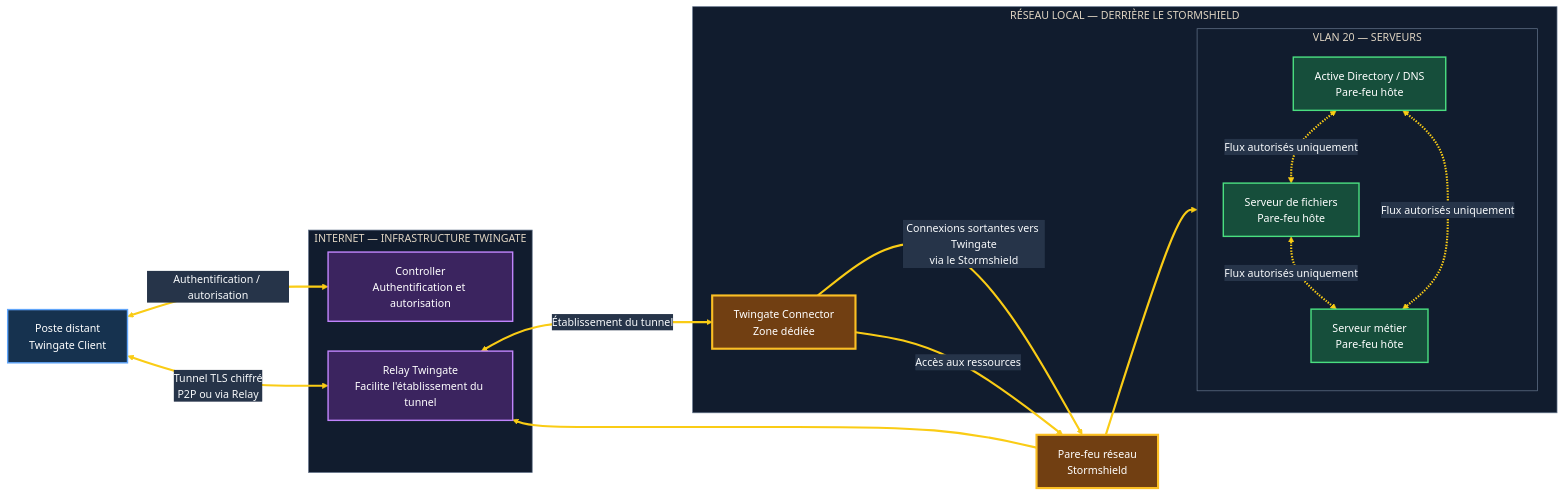
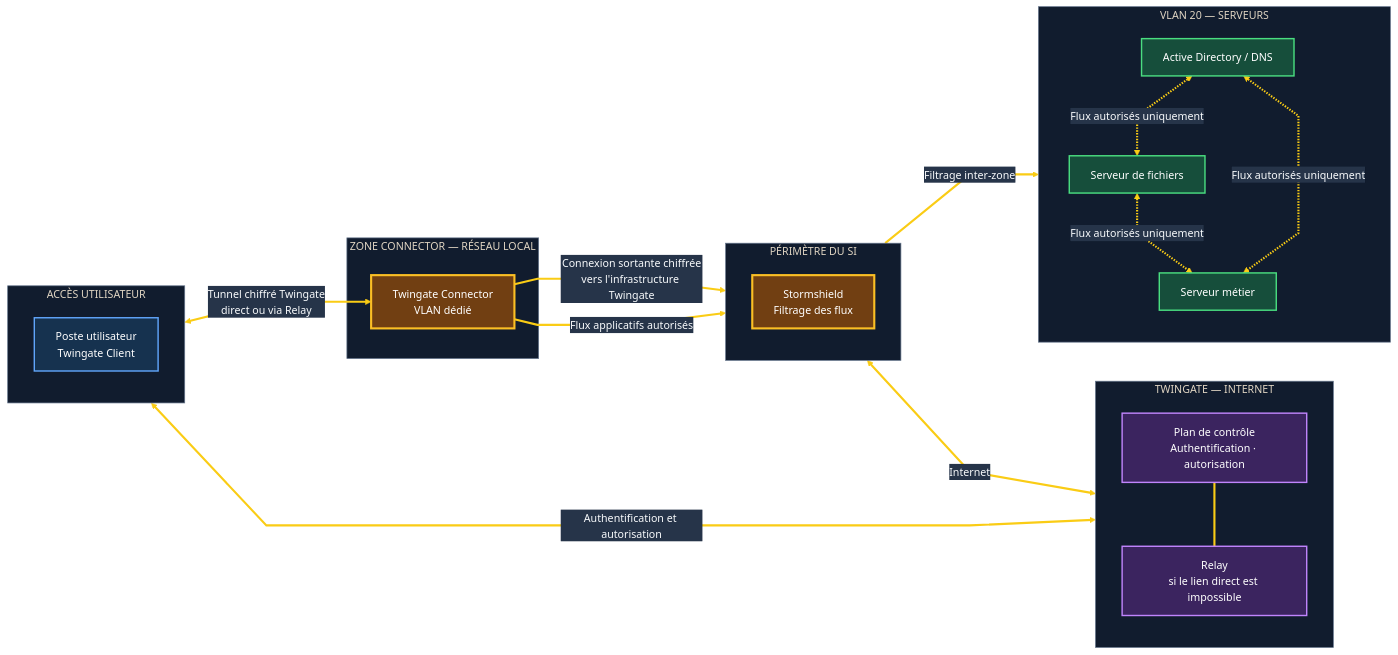
Before and after one commit to Chanc-111/Chanc-111: the diagram in projects/01-zero-trust-architecture/diagrams/02-target-architecture.mmd, drawn with Mermaid.

Commit message:
Redesign target Zero Trust diagram for clarity

```diff
--- a/projects/01-zero-trust-architecture/diagrams/02-target-architecture.mmd
+++ b/projects/01-zero-trust-architecture/diagrams/02-target-architecture.mmd
@@ -1,44 +1,52 @@
-%%{init: {"theme":"base","themeVariables":{"background":"#0b1220","primaryColor":"#172b45","primaryTextColor":"#f8fafc","primaryBorderColor":"#60a5fa","lineColor":"#facc15","secondaryColor":"#182235","tertiaryColor":"#202b3d","clusterBkg":"#111c2e","clusterBorder":"#64748b","edgeLabelBackground":"#263449","fontFamily":"Arial","fontSize":"15px"},"flowchart":{"curve":"basis","htmlLabels":true,"nodeSpacing":42,"rankSpacing":55}}}%%
+%%{init: {"theme":"base","themeVariables":{"background":"#0b1220","primaryColor":"#172b45","primaryTextColor":"#f8fafc","primaryBorderColor":"#60a5fa","lineColor":"#facc15","secondaryColor":"#182235","tertiaryColor":"#202b3d","clusterBkg":"#111c2e","clusterBorder":"#64748b","edgeLabelBackground":"#263449","fontFamily":"Arial","fontSize":"15px"},"flowchart":{"curve":"linear","htmlLabels":true,"nodeSpacing":55,"rankSpacing":65}}}%%
 flowchart LR
-    USER["Poste distant<br/>Twingate Client"]
-
-    subgraph INTERNET["INTERNET — INFRASTRUCTURE TWINGATE"]
-        CONTROL["Controller<br/>Authentification et autorisation"]
-        RELAY["Relay Twingate<br/>Facilite l'établissement du tunnel"]
+    subgraph ACCESS["ACCÈS UTILISATEUR"]
+        direction TB
+        CLIENT["Poste utilisateur<br/>Twingate Client"]
     end
 
-    FW["Pare-feu réseau<br/>Stormshield"]
-
-    subgraph LOCAL["RÉSEAU LOCAL — DERRIÈRE LE STORMSHIELD"]
-        CONNECTOR["Twingate Connector<br/>Zone dédiée"]
-        subgraph VLAN20["VLAN 20 — SERVEURS"]
-            direction TB
-            AD["Active Directory / DNS<br/>Pare-feu hôte"]
-            FILES["Serveur de fichiers<br/>Pare-feu hôte"]
-            APP["Serveur métier<br/>Pare-feu hôte"]
-            AD <-.->|"Flux autorisés uniquement"| FILES
-            FILES <-.->|"Flux autorisés uniquement"| APP
-            AD <-.->|"Flux autorisés uniquement"| APP
-        end
+    subgraph TWIN["TWINGATE — INTERNET"]
+        direction TB
+        CONTROL["Plan de contrôle<br/>Authentification · autorisation"]
+        RELAY["Relay<br/>si le lien direct est impossible"]
+        CONTROL --- RELAY
     end
 
-    USER <-->|"Authentification / autorisation"| CONTROL
-    USER <-->|"Tunnel TLS chiffré<br/>P2P ou via Relay"| RELAY
-    RELAY <-->|"Établissement du tunnel"| CONNECTOR
+    subgraph PERIMETER["PÉRIMÈTRE DU SI"]
+        direction TB
+        FW["Stormshield<br/>Filtrage des flux"]
+    end
 
-    CONNECTOR -->|"Connexions sortantes vers Twingate<br/>via le Stormshield"| FW
-    FW --> RELAY
+    subgraph CONNECTOR_ZONE["ZONE CONNECTOR — RÉSEAU LOCAL"]
+        CONNECTOR["Twingate Connector<br/>VLAN dédié"]
+    end
 
-    CONNECTOR -->|"Accès aux ressources"| FW
-    FW --> VLAN20
+    subgraph SERVERS["VLAN 20 — SERVEURS"]
+        direction TB
+        AD["Active Directory / DNS"]
+        FILES["Serveur de fichiers"]
+        APP["Serveur métier"]
+        AD <-.->|"Flux autorisés uniquement"| FILES
+        FILES <-.->|"Flux autorisés uniquement"| APP
+        AD <-.->|"Flux autorisés uniquement"| APP
+    end
+
+    CLIENT <-->|"Authentification et autorisation"| CONTROL
+    CLIENT <-->|"Tunnel chiffré Twingate<br/>direct ou via Relay"| CONNECTOR
+
+    CONNECTOR -->|"Connexion sortante chiffrée<br/>vers l'infrastructure Twingate"| FW
+    FW <-->|"Internet"| CONTROL
+
+    CONNECTOR -->|"Flux applicatifs autorisés"| FW
+    FW -->|"Filtrage inter-zone"| SERVERS
 
     classDef endpoint fill:#16324f,stroke:#60a5fa,stroke-width:2px,color:#ffffff
     classDef control fill:#3b245f,stroke:#c084fc,stroke-width:2px,color:#ffffff
     classDef network fill:#713f12,stroke:#fbbf24,stroke-width:3px,color:#ffffff
     classDef server fill:#164e3b,stroke:#4ade80,stroke-width:2px,color:#ffffff
 
-    class USER endpoint
+    class CLIENT endpoint
     class CONTROL,RELAY control
     class FW,CONNECTOR network
     class AD,FILES,APP server
     linkStyle default stroke:#facc15,stroke-width:3px,color:#f8fafc
```
